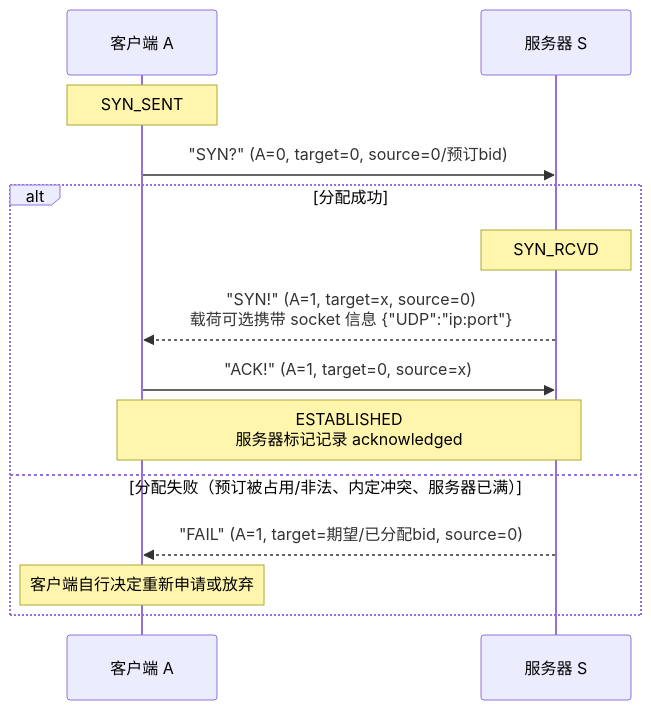
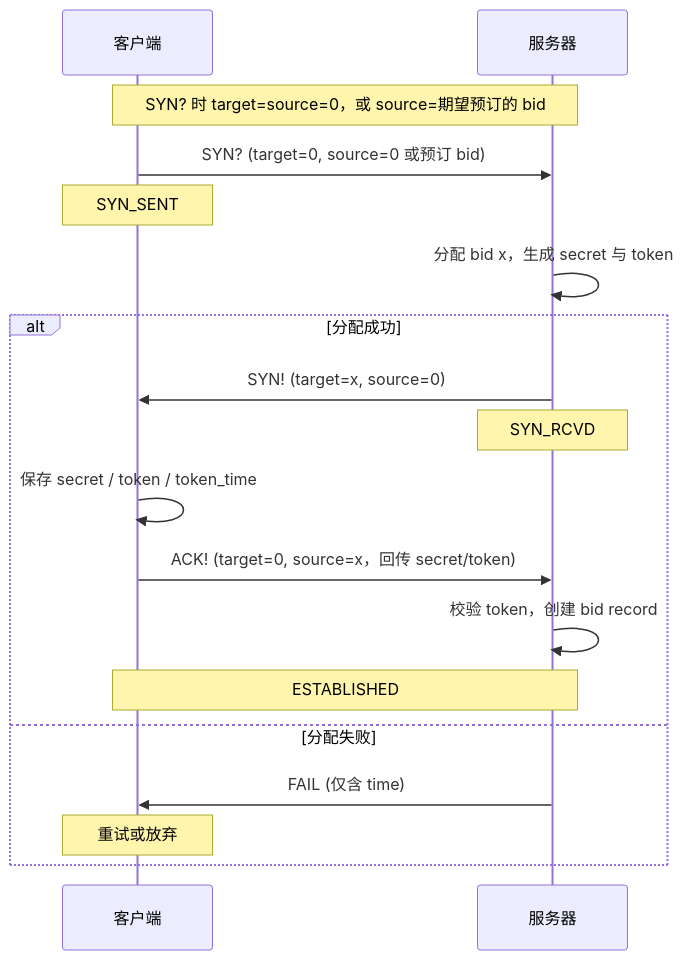
Before and after one commit to moky/magpie: the first of 4 diagrams in docs/workflow.md, drawn with Mermaid. The commit also changed other lines of this file and 7 other files, not shown here.

````diff
--- a/docs/workflow.md
+++ b/docs/workflow.md
@@ -33,17 +33,20 @@
 ```mermaid
 sequenceDiagram
-    participant A as 客户端 A
-    participant S as 服务器 S
-
-    Note over A: SYN_SENT
-    A->>S: "SYN?" (A=0, target=0, source=0/预订bid)
+    participant C as 客户端
+    participant S as 服务器
+    Note over C,S: SYN? 时 target=source=0，或 source=期望预订的 bid
+    C->>S: SYN? (target=0, source=0 或预订 bid)
+    Note over C: SYN_SENT
+    S->>S: 分配 bid x，生成 secret 与 token
     alt 分配成功
+        S->>C: SYN! (target=x, source=0)
         Note over S: SYN_RCVD
-        S-->>A: "SYN!" (A=1, target=x, source=0)<br/>载荷可选携带 socket 信息 {"UDP":"ip:port"}
-        A->>S: "ACK!" (A=1, target=0, source=x)
-        Note over A, S: ESTABLISHED<br/>服务器标记记录 acknowledged
-    else 分配失败（预订被占用/非法、内定冲突、服务器已满）
-        S-->>A: "FAIL" (A=1, target=期望/已分配bid, source=0)
-        Note over A: 客户端自行决定重新申请或放弃
+        C->>C: 保存 secret / token / token_time
+        C->>S: ACK! (target=0, source=x，回传 secret/token)
+        S->>S: 校验 token，创建 bid record
+        Note over C,S: ESTABLISHED
+    else 分配失败
+        S->>C: FAIL (仅含 time)
+        Note over C: 重试或放弃
     end
 ```
````
